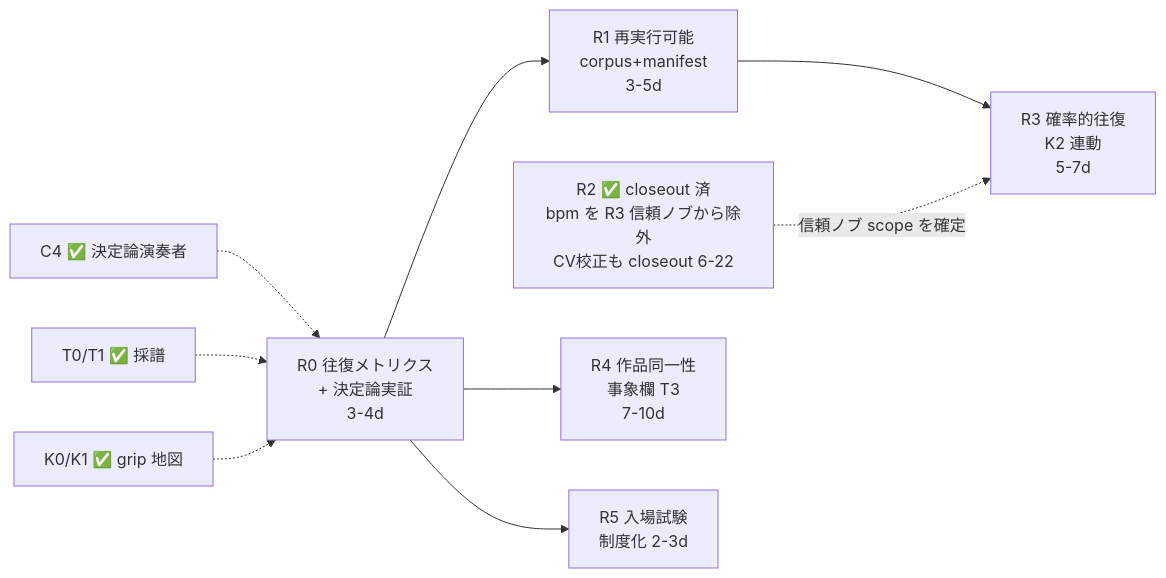
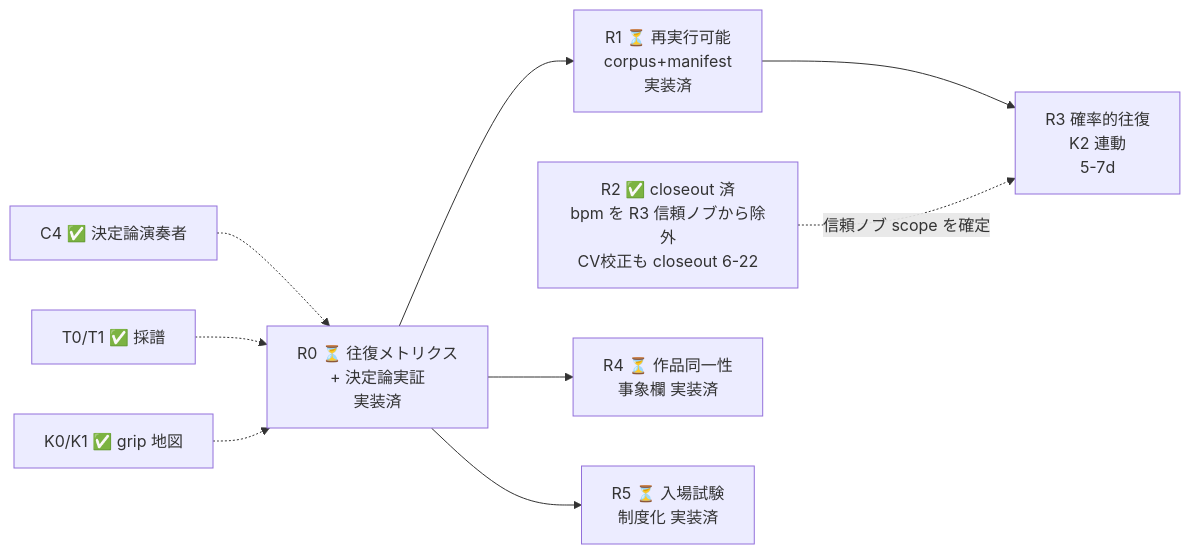
One commit to Yuu6798/ugh-prompt-engine changed the diagram in docs/roadmap_goal2.md. Above: the diagram before and after it, drawn with Mermaid. The commit also changed other lines of this file and 12 other files, not shown here.

````diff
--- a/docs/roadmap_goal2.md
+++ b/docs/roadmap_goal2.md
@@ -328,11 +347,11 @@
 ```mermaid
 flowchart LR
     C4[C4 ✅ 決定論演奏者] -.-> R0
     T1[T0/T1 ✅ 採譜] -.-> R0
     K1[K0/K1 ✅ grip 地図] -.-> R0
-    R0[R0 往復メトリクス<br/>+ 決定論実証<br/>3-4d] --> R1[R1 再実行可能<br/>corpus+manifest<br/>3-5d]
+    R0[R0 ⏳ 往復メトリクス<br/>+ 決定論実証<br/>実装済] --> R1[R1 ⏳ 再実行可能<br/>corpus+manifest<br/>実装済]
     R1 --> R3[R3 確率的往復<br/>K2 連動<br/>5-7d]
     R2[R2 ✅ closeout 済<br/>bpm を R3 信頼ノブから除外<br/>CV校正も closeout 6-22] -.->|信頼ノブ scope を確定| R3
-    R0 --> R4[R4 作品同一性<br/>事象欄 T3<br/>7-10d]
-    R0 --> R5[R5 入場試験<br/>制度化 2-3d]
+    R0 --> R4[R4 ⏳ 作品同一性<br/>事象欄 実装済]
+    R0 --> R5[R5 ⏳ 入場試験<br/>制度化 実装済]
 ```
````
